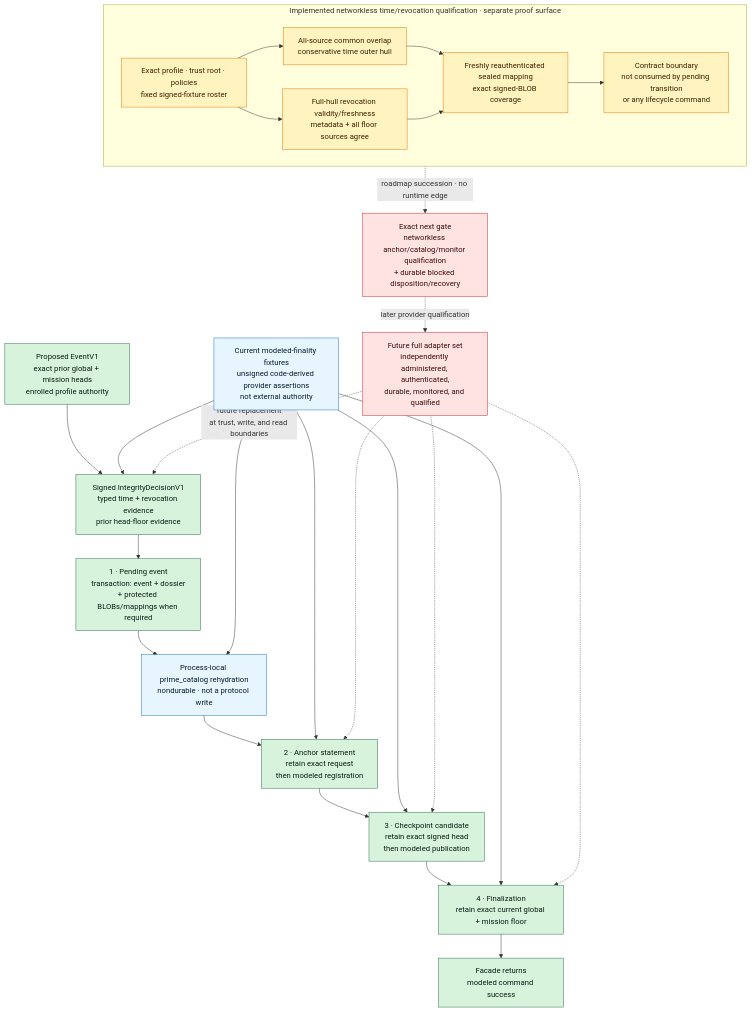
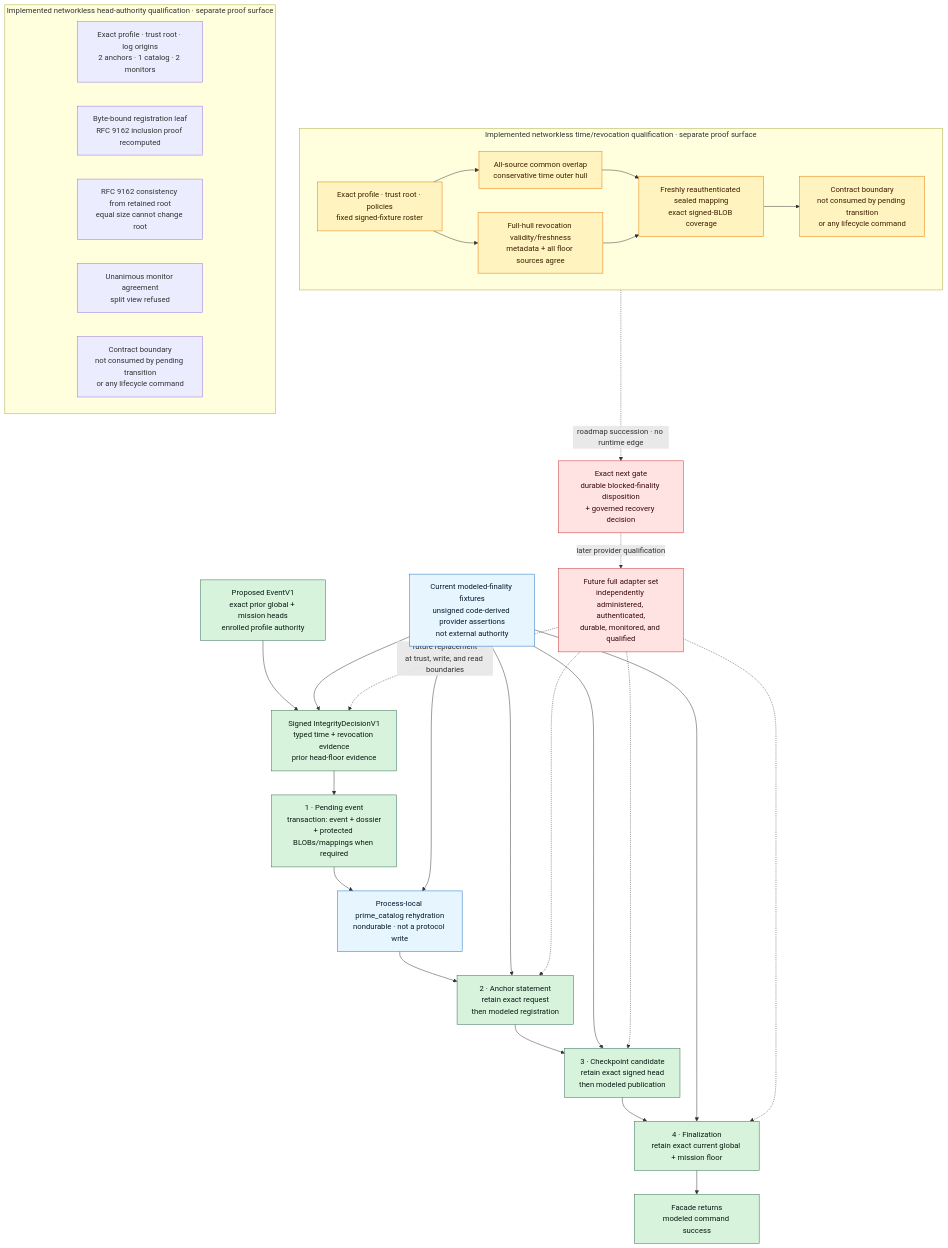
Before and after one commit to manfromnowhere143/etzio: the second of 2 diagrams in README.md, drawn with Mermaid. The commit also changed other lines of this file and 11 other files, not shown here.

First line of the commit message:
feat(kernel): qualify networkless head authority adapters

````diff
--- a/README.md
+++ b/README.md
@@ -283,51 +290,60 @@
 ```mermaid
 flowchart TB
     E["Proposed EventV1<br/>exact prior global + mission heads<br/>enrolled profile authority"]
     D["Signed IntegrityDecisionV1<br/>typed time + revocation evidence<br/>prior head-floor evidence"]
     P1["1 · Pending event<br/>transaction: event + dossier<br/>+ protected BLOBs/mappings when required"]
     RH["Process-local prime_catalog rehydration<br/>nondurable · not a protocol write"]
     P2["2 · Anchor statement<br/>retain exact request<br/>then modeled registration"]
     P3["3 · Checkpoint candidate<br/>retain exact signed head<br/>then modeled publication"]
     P4["4 · Finalization<br/>retain exact current global + mission floor"]
     OK["Facade returns<br/>modeled command success"]
     FX["Current modeled-finality fixtures<br/>unsigned code-derived provider assertions<br/>not external authority"]
 
     subgraph QUAL2["Implemented networkless time/revocation qualification · separate proof surface"]
         direction LR
         QP["Exact profile · trust root · policies<br/>fixed signed-fixture roster"]
         QT["All-source common overlap<br/>conservative time outer hull"]
         QR["Full-hull revocation validity/freshness<br/>metadata + all floor sources agree"]
         QM["Freshly reauthenticated sealed mapping<br/>exact signed-BLOB coverage"]
         QN["Contract boundary<br/>not consumed by pending transition<br/>or any lifecycle command"]
     end
 
-    NEXT["Exact next gate<br/>networkless anchor/catalog/monitor qualification<br/>+ durable blocked disposition/recovery"]
+    subgraph QUAL3["Implemented networkless head-authority qualification · separate proof surface"]
+        direction LR
+        HP["Exact profile · trust root · log origins<br/>2 anchors · 1 catalog · 2 monitors"]
+        HA["Byte-bound registration leaf<br/>RFC 9162 inclusion proof recomputed"]
+        HC["RFC 9162 consistency from retained root<br/>equal size cannot change root"]
+        HM["Unanimous monitor agreement<br/>split view refused"]
+        HN["Contract boundary<br/>not consumed by pending transition<br/>or any lifecycle command"]
+    end
+
+    NEXT["Exact next gate<br/>durable blocked-finality disposition<br/>+ governed recovery decision"]
     EXT["Future full adapter set<br/>independently administered, authenticated,<br/>durable, monitored, and qualified"]
 
     E --> D --> P1 --> RH --> P2 --> P3 --> P4 --> OK
     FX --> D
     FX --> RH
     FX --> P2
     FX --> P3
     FX --> P4
     QP --> QT
     QP --> QR
     QT --> QM
     QR --> QM
     QM --> QN
     QN -. "roadmap succession · no runtime edge" .-> NEXT
     NEXT -. "later provider qualification" .-> EXT
     EXT -. "future replacement<br/>at trust, write, and read boundaries" .-> D
     EXT -.-> P2
     EXT -.-> P3
     EXT -.-> P4
 
     classDef retained fill:#d8f3dc,stroke:#2d6a4f,color:#081c15;
     classDef boundary fill:#e7f5ff,stroke:#1971c2,color:#061b2c;
     classDef qualification fill:#fff3bf,stroke:#e67700,color:#3d2100;
     classDef blocked fill:#ffe3e3,stroke:#c92a2a,color:#3b0a0a;
     class E,D,P1,P2,P3,P4,OK retained;
     class FX,RH boundary;
     class QP,QT,QR,QM,QN qualification;
     class NEXT,EXT blocked;
 ```
````
